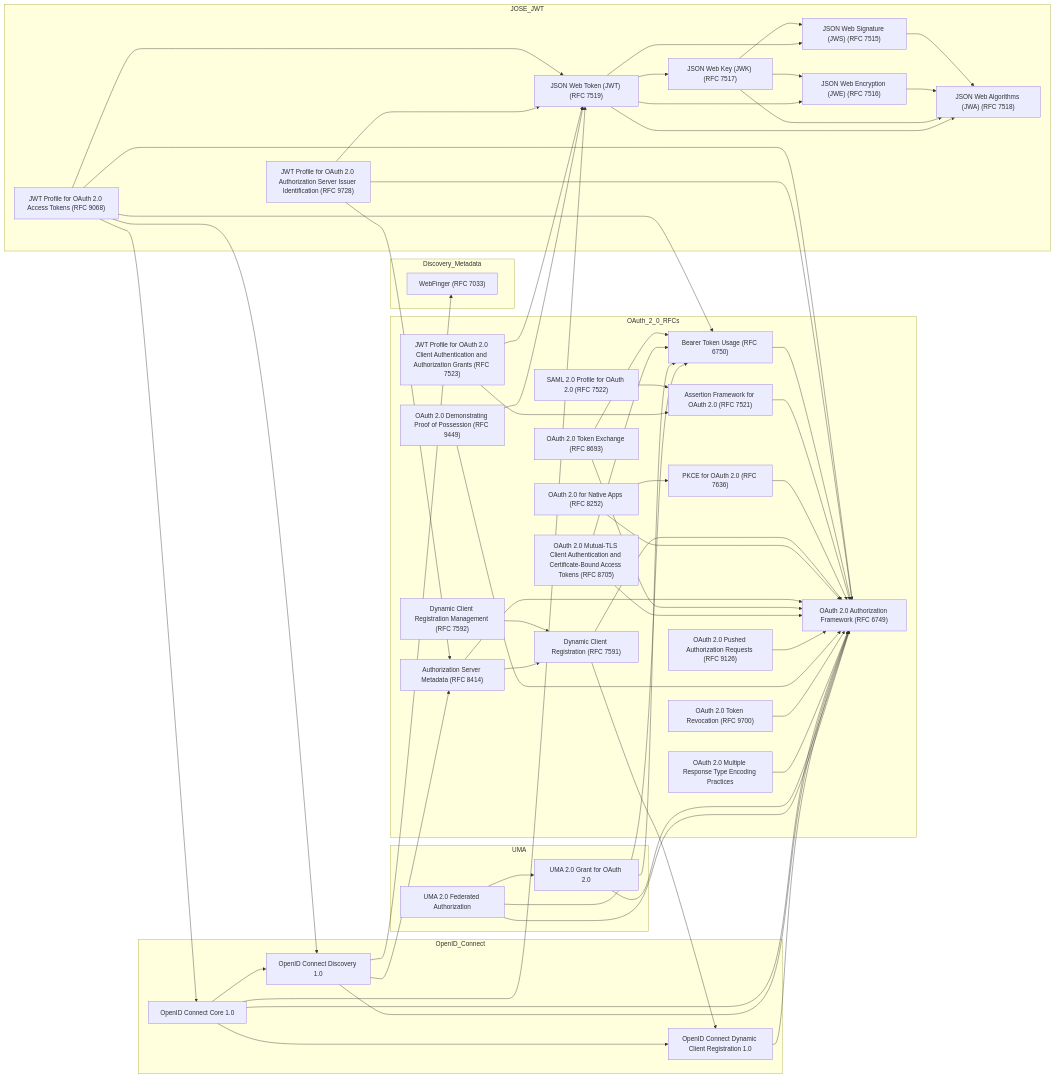
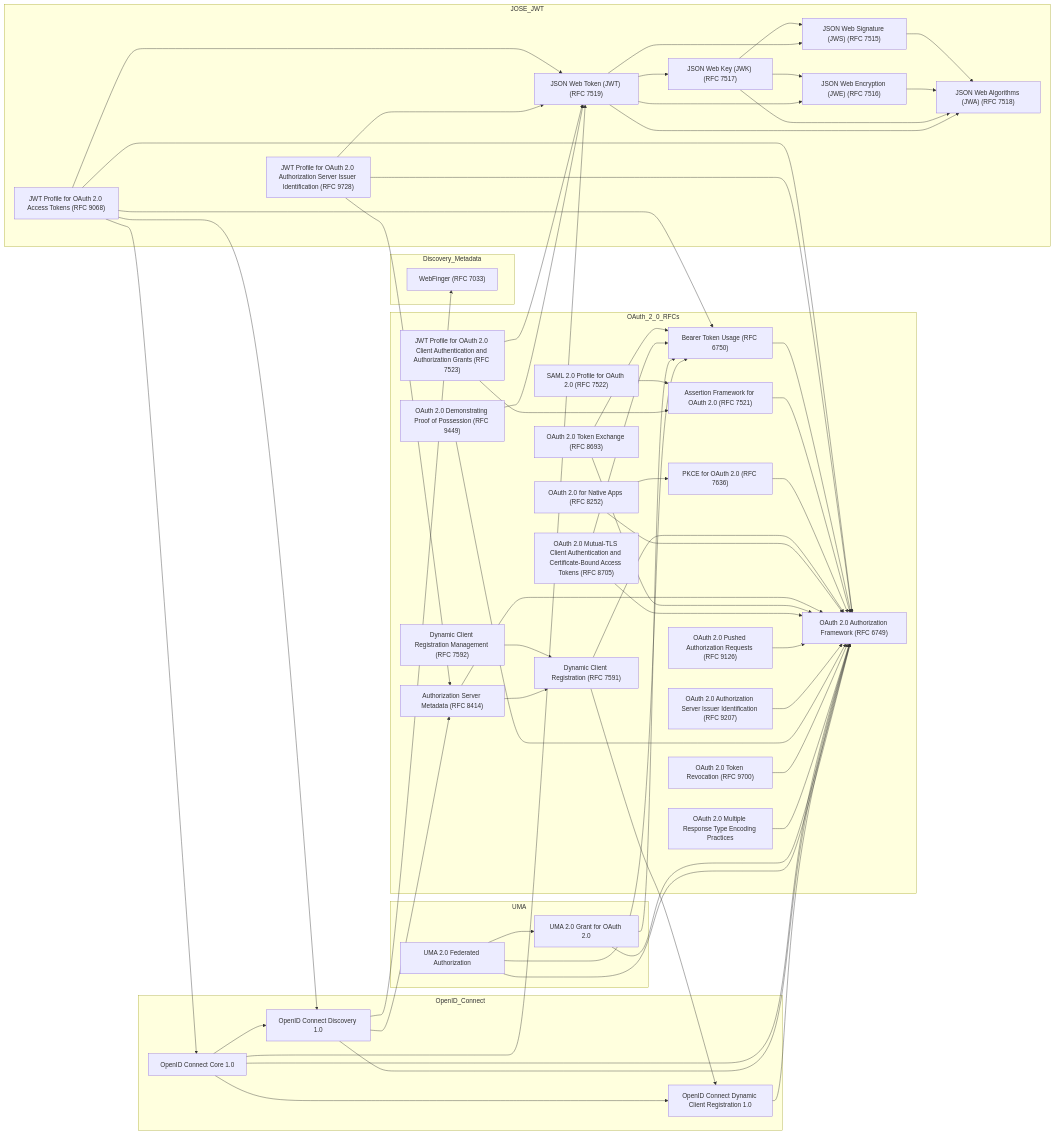
One commit to ryanspletzer/oidc-oauth-spec-graph changed the diagram in graph.md. Above: the diagram before and after it, drawn with Mermaid. The commit also changed 1 other file, not shown here.

Commit message:
Adds RFC 9207 to OAuth 2.0 specification graph
Includes OAuth 2.0 Authorization Server Issuer Identification specification which provides a mechanism to prevent mix-up attacks by requiring authorization servers to identify themselves in authorization responses.

Updates both documentation and graph visualization to maintain consistency across the OAuth 2.0 standards reference.

```diff
--- a/graph.md
+++ b/graph.md
@@ -25,6 +25,7 @@
     RFC8693["OAuth 2.0 Token Exchange (RFC 8693)"]
     RFC8705["OAuth 2.0 Mutual-TLS Client Authentication and Certificate-Bound Access Tokens (RFC 8705)"]
     RFC9126["OAuth 2.0 Pushed Authorization Requests (RFC 9126)"]
+    RFC9207["OAuth 2.0 Authorization Server Issuer Identification (RFC 9207)"]
     RFC9449["OAuth 2.0 Demonstrating Proof of Possession (RFC 9449)"]
     RFC9700["OAuth 2.0 Token Revocation (RFC 9700)"]
     OAuth2_MultiResp["OAuth 2.0 Multiple Response Type Encoding Practices"]
@@ -70,6 +71,7 @@
   RFC8705 --> RFC6749
   RFC8705 --> RFC6750
   RFC9126 --> RFC6749
+  RFC9207 --> RFC6749
   RFC9449 --> RFC6749
   RFC9449 --> RFC7519
   RFC9700 --> RFC6749
@@ -138,6 +140,7 @@
   click RFC8693 "https://datatracker.ietf.org/doc/html/rfc8693" "OAuth 2.0 Token Exchange (RFC 8693)"
   click RFC8705 "https://datatracker.ietf.org/doc/html/rfc8705" "OAuth 2.0 Mutual-TLS Client Authentication and Certificate-Bound Access Tokens (RFC 8705)"
   click RFC9126 "https://datatracker.ietf.org/doc/html/rfc9126" "OAuth 2.0 Pushed Authorization Requests (RFC 9126)"
+  click RFC9207 "https://datatracker.ietf.org/doc/html/rfc9207" "OAuth 2.0 Authorization Server Issuer Identification (RFC 9207)"
   click RFC9449 "https://datatracker.ietf.org/doc/html/rfc9449" "OAuth 2.0 Demonstrating Proof of Possession (RFC 9449)"
   click RFC9700 "https://datatracker.ietf.org/doc/html/rfc9700" "OAuth 2.0 Token Revocation (RFC 9700)"
   click OAuth2_MultiResp "https://openid.net/specs/oauth-v2-multiple-response-types-1_0.html" "OAuth 2.0 Multiple Response Type Encoding Practices"
```
